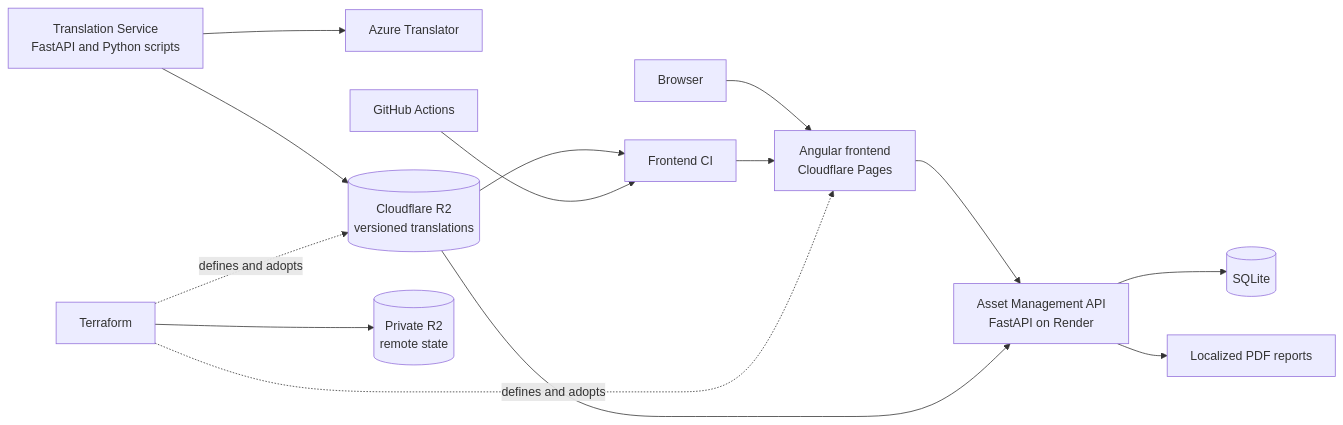
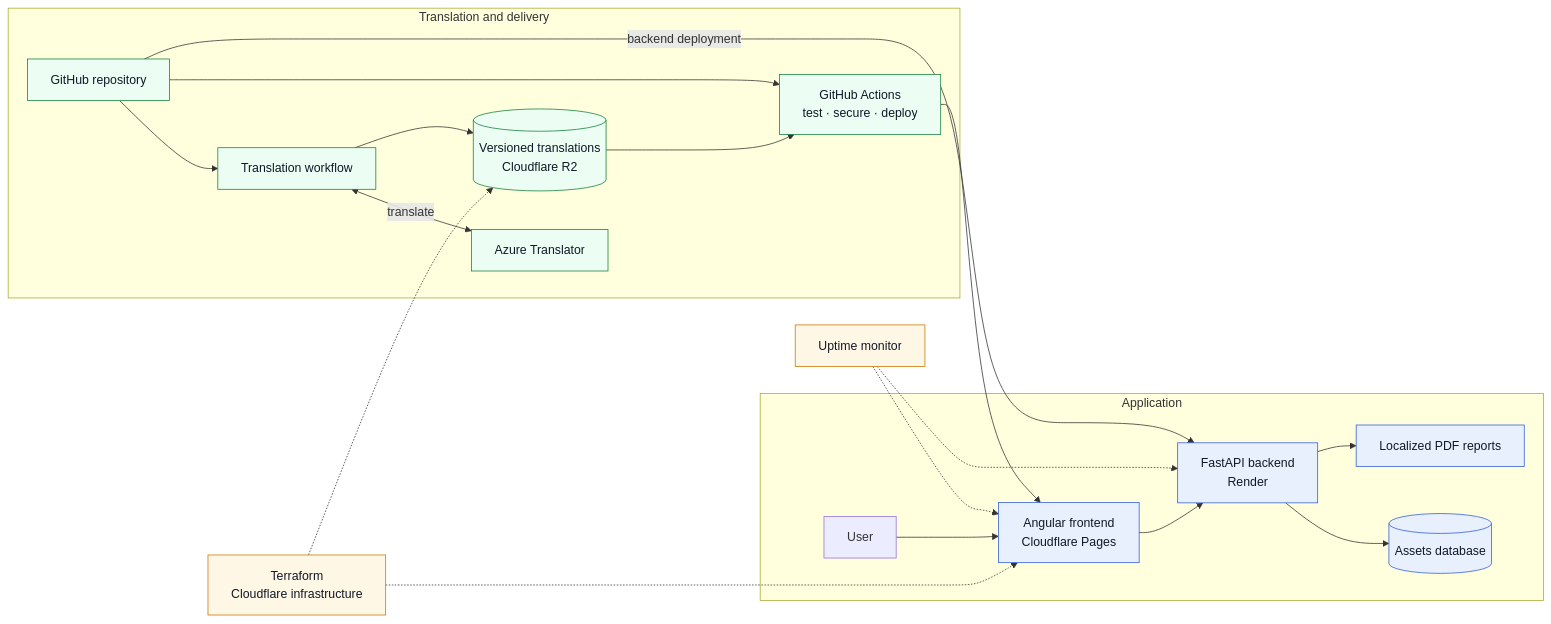
The diagram in README.md (Kimperi/cloud-native-translation-platform), drawn with Mermaid before and after one commit. The commit also changed other lines of this file and 15 other files, not shown here.

Commit message:
docs: showcase architecture and deployment evidence

````diff
--- a/README.md
+++ b/README.md
@@ -22,18 +61,31 @@
 ```mermaid
 flowchart LR
-    User[Browser] --> Pages[Angular frontend<br/>Cloudflare Pages]
-    Pages --> API[Asset Management API<br/>FastAPI on Render]
-    API --> DB[(SQLite)]
-    API --> PDF[Localized PDF reports]
+    subgraph Application["Application"]
+        User["User"] --> Frontend["Angular frontend<br/>Cloudflare Pages"]
+        Frontend --> API["FastAPI backend<br/>Render"]
+        API --> Database[("Assets database")]
+        API --> Reports["Localized PDF reports"]
+    end
 
-    Translator[Translation Service<br/>FastAPI and Python scripts] --> Azure[Azure Translator]
-    Translator --> R2[(Cloudflare R2<br/>versioned translations)]
-    R2 --> FrontendCI[Frontend CI]
-    R2 --> API
+    subgraph Delivery["Translation and delivery"]
+        GitHub["GitHub repository"] --> Translation["Translation workflow"]
+        Translation <-->|"translate"| Azure["Azure Translator"]
+        Translation --> R2[("Versioned translations<br/>Cloudflare R2")]
+        GitHub --> CICD["GitHub Actions<br/>test · secure · deploy"]
+        R2 --> CICD
+        CICD --> Frontend
+        GitHub -->|"backend deployment"| API
+    end
 
-    GitHub[GitHub Actions] --> FrontendCI
-    FrontendCI --> Pages
-    Terraform[Terraform] -. defines and adopts .-> Pages
-    Terraform -. defines and adopts .-> R2
-    Terraform --> State[(Private R2<br/>remote state)]
+    Terraform["Terraform<br/>Cloudflare infrastructure"] -.-> Frontend
+    Terraform -.-> R2
+    Monitor["Uptime monitor"] -.-> Frontend
+    Monitor -.-> API
+
+    classDef app fill:#e8f0fe,stroke:#315ddc,color:#111827;
+    classDef delivery fill:#ecfdf3,stroke:#16803b,color:#111827;
+    classDef operations fill:#fff7e6,stroke:#c97800,color:#111827;
+    class Frontend,API,Database,Reports app;
+    class GitHub,Translation,Azure,R2,CICD delivery;
+    class Terraform,Monitor operations;
 ```
````
